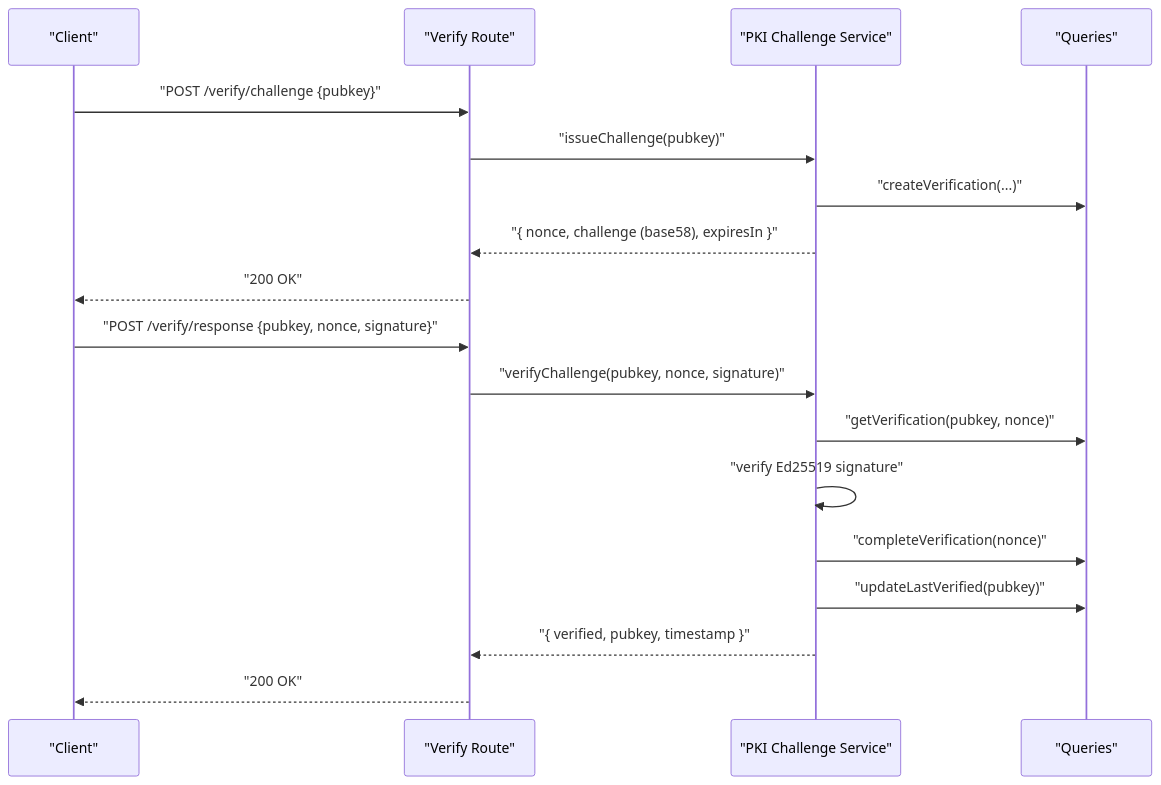
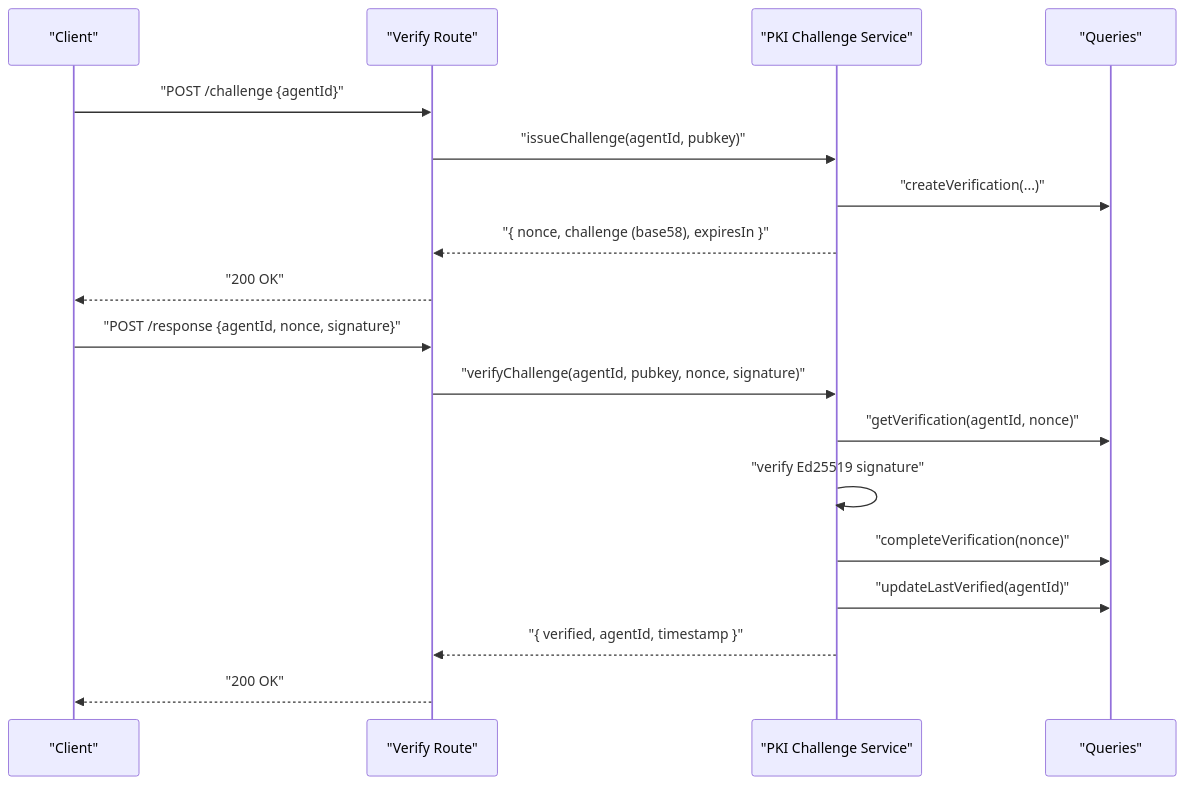
The third of 5 diagrams in .qoder/repowiki/en/content/Backend API Reference/Backend API Reference.md (RunTimeAdmin/AgentID), drawn with Mermaid before and after one commit. The commit also changed other lines of this file and 31 other files, not shown here.

````diff
--- a/.qoder/repowiki/en/content/Backend API Reference/Backend API Reference.md
+++ b/.qoder/repowiki/en/content/Backend API Reference/Backend API Reference.md
@@ -433,20 +435,20 @@
 ```mermaid
 sequenceDiagram
 participant Client as "Client"
 participant Verify as "Verify Route"
 participant Challenge as "PKI Challenge Service"
 participant DB as "Queries"
-Client->>Verify : "POST /verify/challenge {pubkey}"
-Verify->>Challenge : "issueChallenge(pubkey)"
+Client->>Verify : "POST /challenge {agentId}"
+Verify->>Challenge : "issueChallenge(agentId, pubkey)"
 Challenge->>DB : "createVerification(...)"
 Challenge-->>Verify : "{ nonce, challenge (base58), expiresIn }"
 Verify-->>Client : "200 OK"
-Client->>Verify : "POST /verify/response {pubkey, nonce, signature}"
-Verify->>Challenge : "verifyChallenge(pubkey, nonce, signature)"
-Challenge->>DB : "getVerification(pubkey, nonce)"
+Client->>Verify : "POST /response {agentId, nonce, signature}"
+Verify->>Challenge : "verifyChallenge(agentId, pubkey, nonce, signature)"
+Challenge->>DB : "getVerification(agentId, nonce)"
 Challenge->>Challenge : "verify Ed25519 signature"
 Challenge->>DB : "completeVerification(nonce)"
-Challenge->>DB : "updateLastVerified(pubkey)"
-Challenge-->>Verify : "{ verified, pubkey, timestamp }"
+Challenge->>DB : "updateLastVerified(agentId)"
+Challenge-->>Verify : "{ verified, agentId, timestamp }"
 Verify-->>Client : "200 OK"
 ```
````
